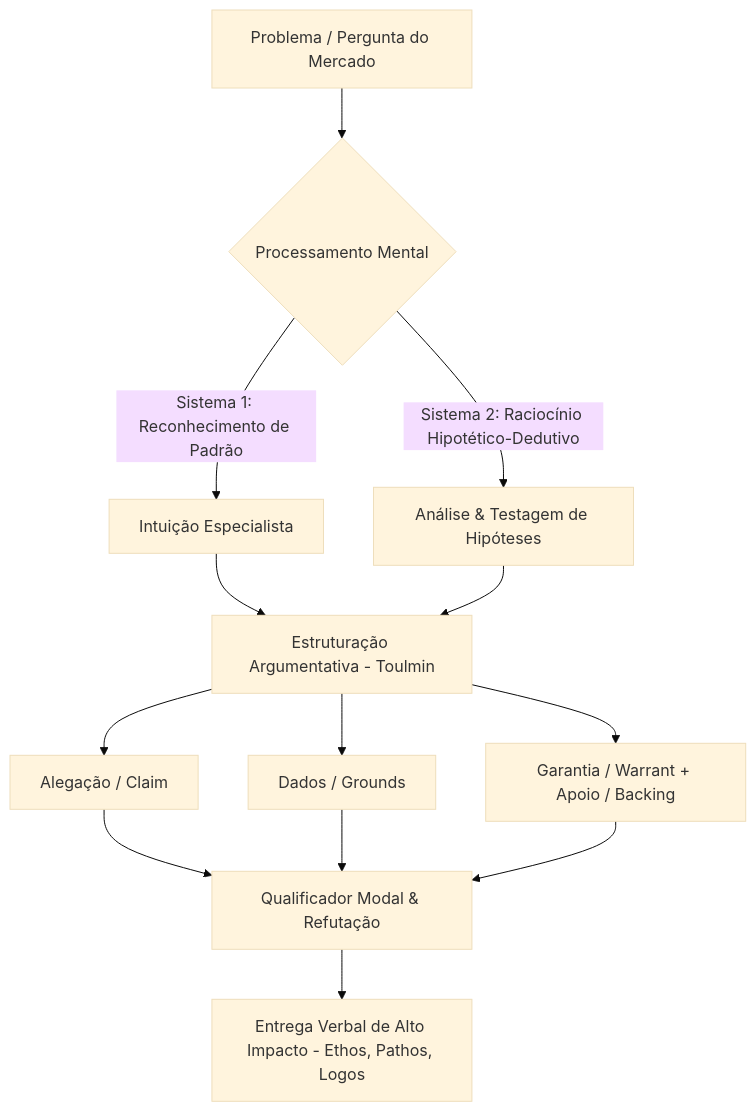
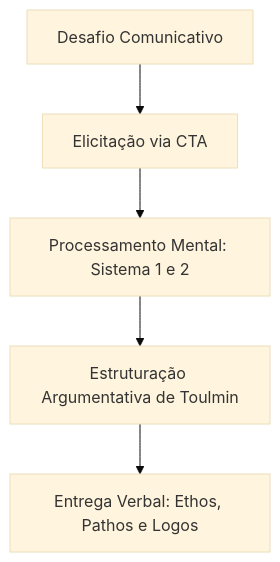
Before and after one commit to robsonlsgai/estudos_oratoria: the diagram in README.md, drawn with Mermaid (base theme). The commit also changed other lines of this file, not shown here.

````diff
--- a/README.md
+++ b/README.md
@@ -191,13 +131,7 @@
 ```mermaid
 flowchart TD
-    A[Problema / Pergunta do Mercado] --> B{Processamento Mental}
-    B -->|Sistema 1: Reconhecimento de Padrão| C[Intuição Especialista]
-    B -->|Sistema 2: Raciocínio Hipotético-Dedutivo| D[Análise & Testagem de Hipóteses]
-    C --> E[Estruturação Argumentativa - Toulmin]
-    D --> E
-    E --> F[Alegação / Claim]
-    E --> G[Dados / Grounds]
-    E --> H[Garantia / Warrant + Apoio / Backing]
-    F & G & H --> I[Qualificador Modal & Refutação]
-    I --> J[Entrega Verbal de Alto Impacto - Ethos, Pathos, Logos]
+    A[Desafio Comunicativo] --> B[Elicitação via CTA]
+    B --> C[Processamento Mental: Sistema 1 e 2]
+    C --> D[Estruturação Argumentativa de Toulmin]
+    D --> E[Entrega Verbal: Ethos, Pathos e Logos]
 ```
````
